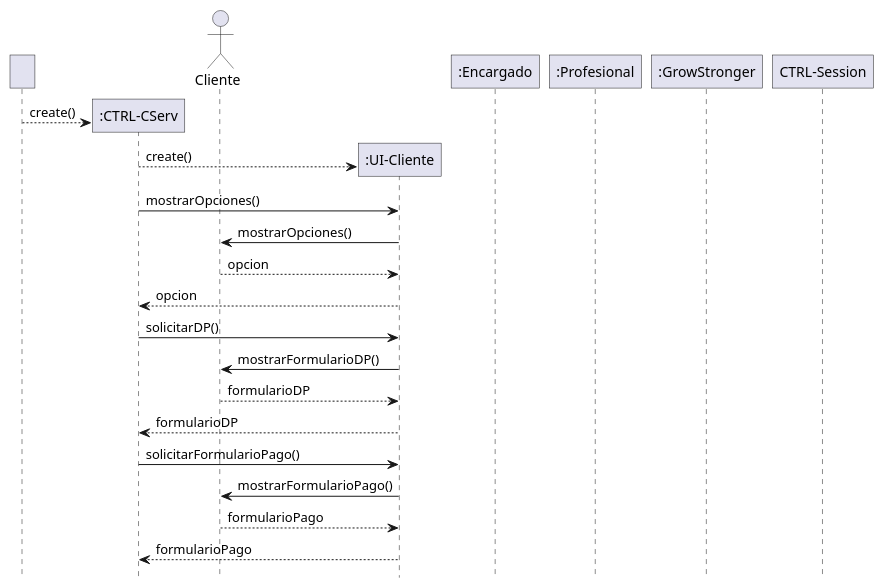
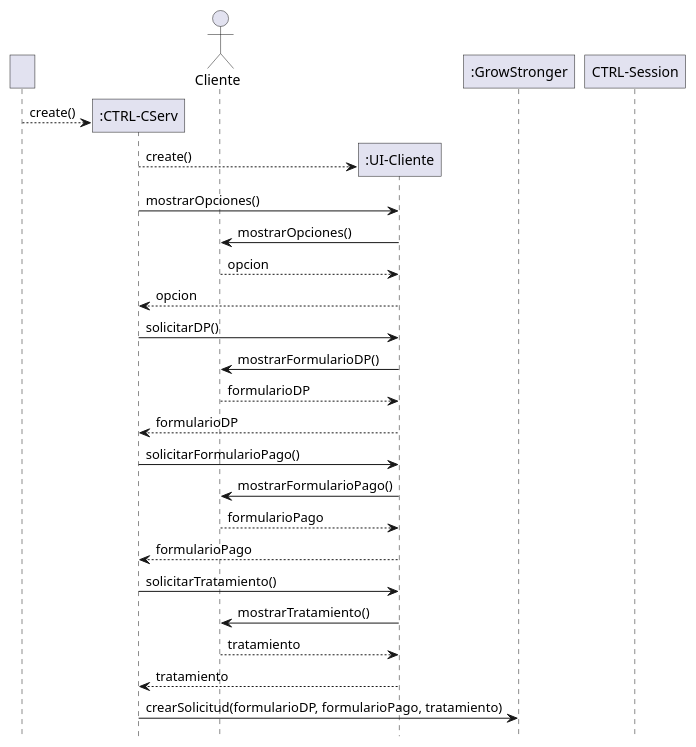
The second of 2 diagrams in Modelo Final/Resolucion de Z0SO.md (Z0SO/UML-Practice), drawn with PlantUML before and after one commit.

Commit message:
Z0SO bkp -> 2024-06-30 20:20:46

````diff
--- a/Modelo Final/Resolucion de Z0SO.md
+++ b/Modelo Final/Resolucion de Z0SO.md
@@ -84,63 +84,73 @@
 ```plantuml
 @startuml
 ' Escondiendo el footbox
 
 hide footbox
 
 skinparam participant {
   RoundCorner 0
 }
 
 
 
 create "   " as externo
 
 
 create ":CTRL-CServ" as controlador
 externo --> controlador : create()
 
 
 actor "Cliente" as cliente
 
 create ":UI-Cliente" as ui
 controlador --> ui  : create()
 
 
 
-participant ":Encargado" as enc
-participant ":Profesional" as prof
-participant ":GrowStronger" as GS
+participant ":GrowStronger" as sistema
+
 
 participant "CTRL-Session" as autenticacion
 
 ' solicita pago
 controlador -> ui : mostrarOpciones()
 ui -> cliente : mostrarOpciones()
 
 cliente --> ui : opcion
 ui --> controlador : opcion
 
 ' solicitar el formulario de registro de usuario
 controlador -> ui : solicitarDP()
 ui -> cliente : mostrarFormularioDP()
 
 cliente --> ui : formularioDP
 ui --> controlador : formularioDP
 
 ' solicitar el formulario de pago
 controlador -> ui : solicitarFormularioPago()
 ui -> cliente : mostrarFormularioPago()
 
 cliente --> ui : formularioPago
 ui --> controlador : formularioPago
 
+' solicitar la opcion de tratamiento
+controlador -> ui : solicitarTratamiento()
+ui -> cliente : mostrarTratamiento()
+cliente --> ui : tratamiento
+ui --> controlador : tratamiento
 
+
+controlador -> sistema: crearSolicitud(formularioDP, formularioPago, tratamiento)
+
+
+
+' el sistema debe crear la solicitud
 
 
 
 
 
 @enduml
 
 
 ```
````
